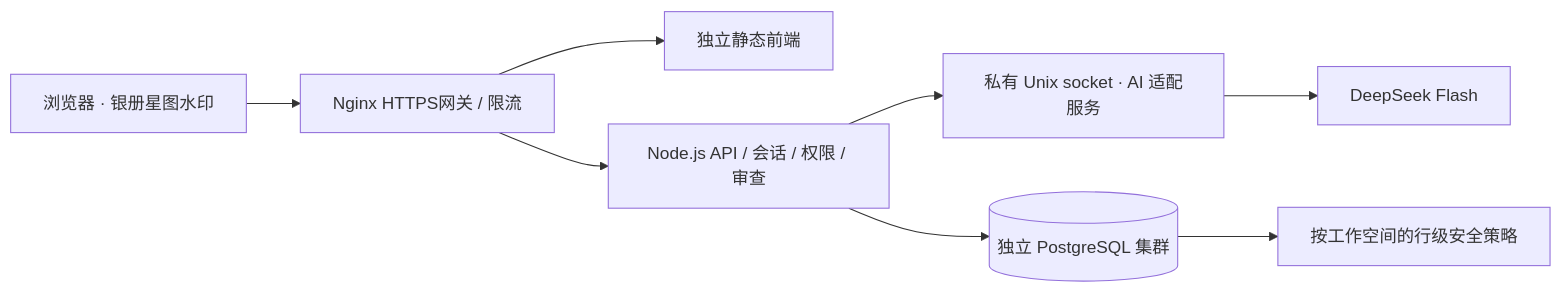
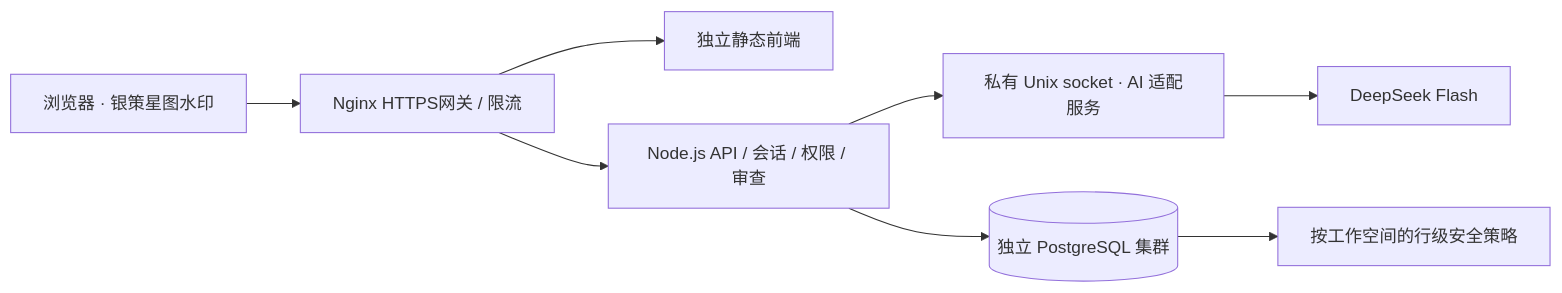
The diagram in README.md (ForgetGround/yince-fieldwork), drawn with Mermaid before and after one commit. The commit also changed other lines of this file and 5 other files, not shown here.

Commit message:
fix: correct Chinese brand spelling to 银策星图

````diff
--- a/README.md
+++ b/README.md
@@ -62,10 +62,10 @@
 ```mermaid
 flowchart LR
-  U[浏览器 · 银册星图水印] --> G[Nginx HTTPS网关 / 限流]
+  U[浏览器 · 银策星图水印] --> G[Nginx HTTPS网关 / 限流]
   G --> W[独立静态前端]
   G --> A[Node.js API / 会话 / 权限 / 审查]
   A --> I[私有 Unix socket · AI 适配服务]
   I --> M[DeepSeek Flash]
   A --> D[(独立 PostgreSQL 集群)]
   D --> R[按工作空间的行级安全策略]
 ```
````
